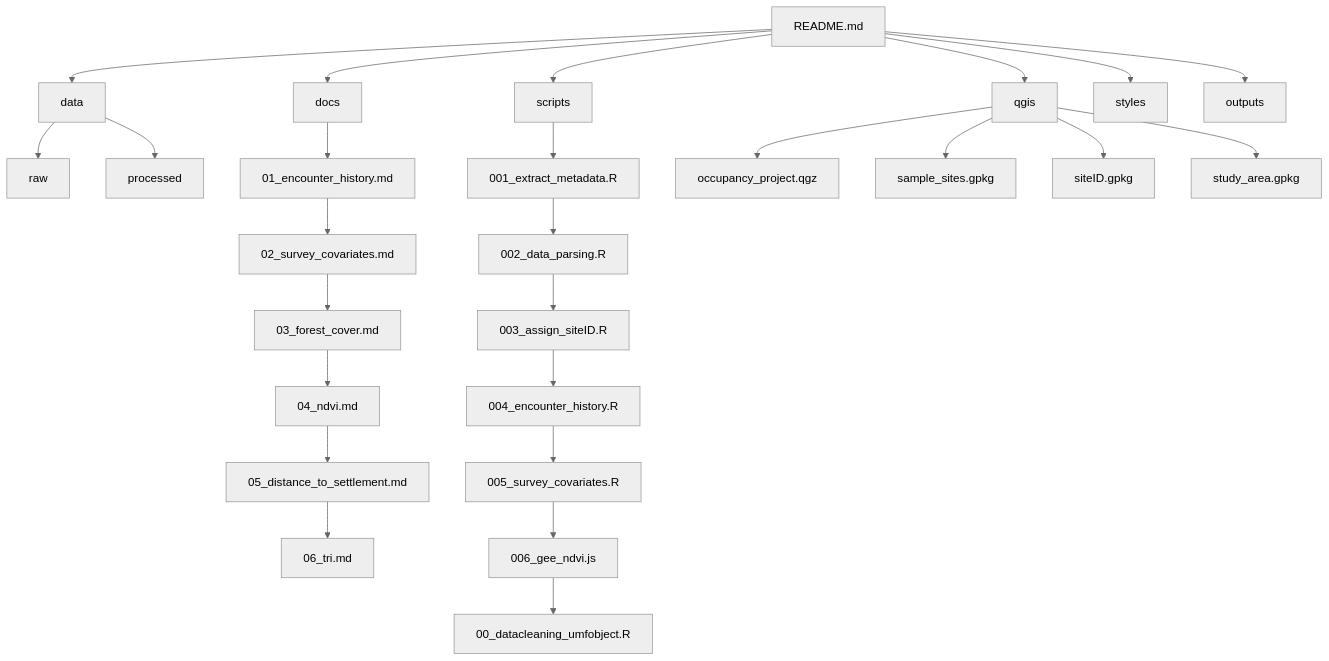
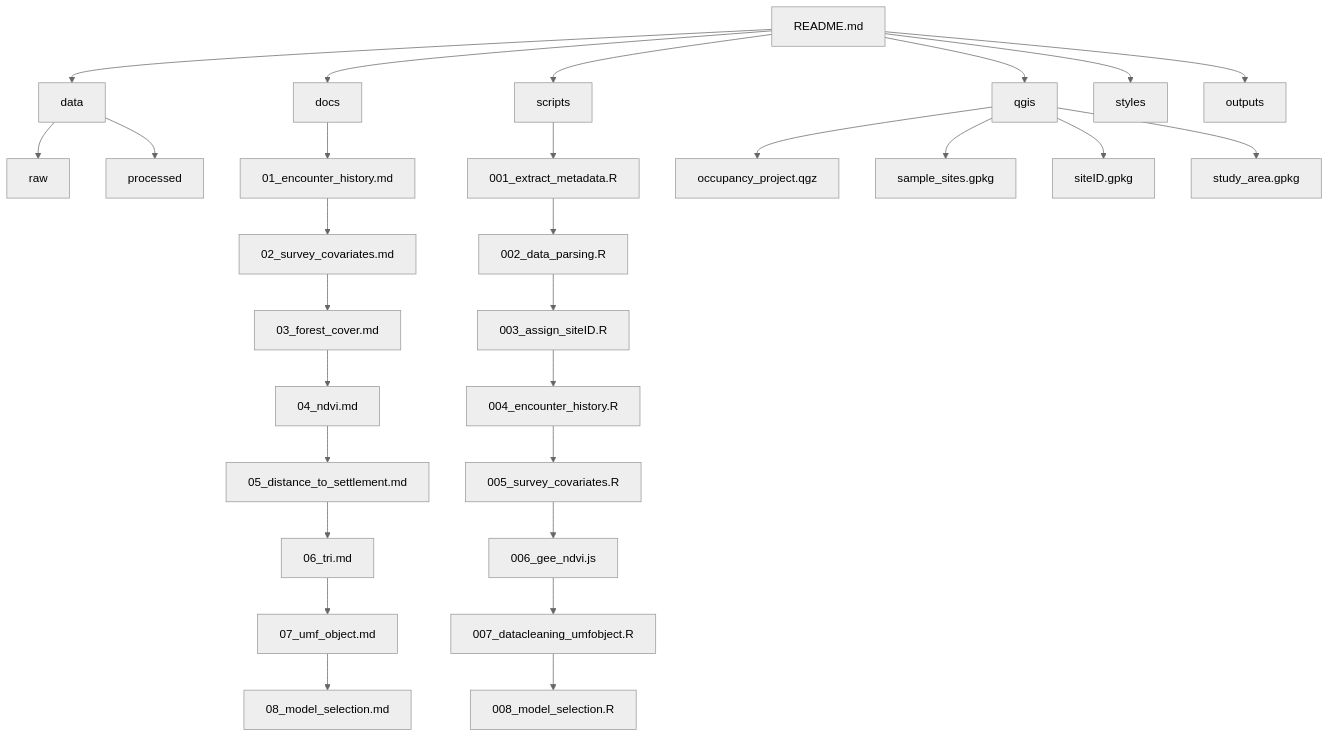
One commit to C-prakriti/multiseason_occupancy_workflow changed the diagram in README.md. Above: the diagram before and after it, drawn with Mermaid (neutral theme). The commit also changed other lines of this file and 16 other files, not shown here.

Commit message:
Added workflow for umf object creation, model selection and probability estimation

````diff
--- a/README.md
+++ b/README.md
@@ -18,39 +19,42 @@
 ``` mermaid
 flowchart TD
 
 A[README.md]
 
 A --> B[data]
 B --> B1[raw]
 B --> B2[processed]
 
 A --> C[docs]
 
 C --> C1[01_encounter_history.md]
 C1 --> C2[02_survey_covariates.md]
 C2 --> C3[03_forest_cover.md]
 C3 --> C4[04_ndvi.md]
 C4 --> C5[05_distance_to_settlement.md]
 C5 --> C6[06_tri.md]
+C6 --> C7[07_umf_object.md]
+C7 --> C8[08_model_selection.md]
 
 A --> D[scripts]
 
 D --> D1[001_extract_metadata.R]
 D1 --> D2[002_data_parsing.R]
 D2 --> D3[003_assign_siteID.R]
 D3 --> D4[004_encounter_history.R]
 D4 --> D5[005_survey_covariates.R]
 D5 --> D6[006_gee_ndvi.js]
-D6 --> D7[00_datacleaning_umfobject.R]
+D6 --> D7[007_datacleaning_umfobject.R]
+D7 --> D8[008_model_selection.R]
 
 A --> E[qgis]
 
 E --> E1[occupancy_project.qgz]
 E --> E2[sample_sites.gpkg]
 E --> E3[siteID.gpkg]
 E --> E4[study_area.gpkg]
 
 A --> F[styles]
 
 A --> G[outputs]
 ```
````
